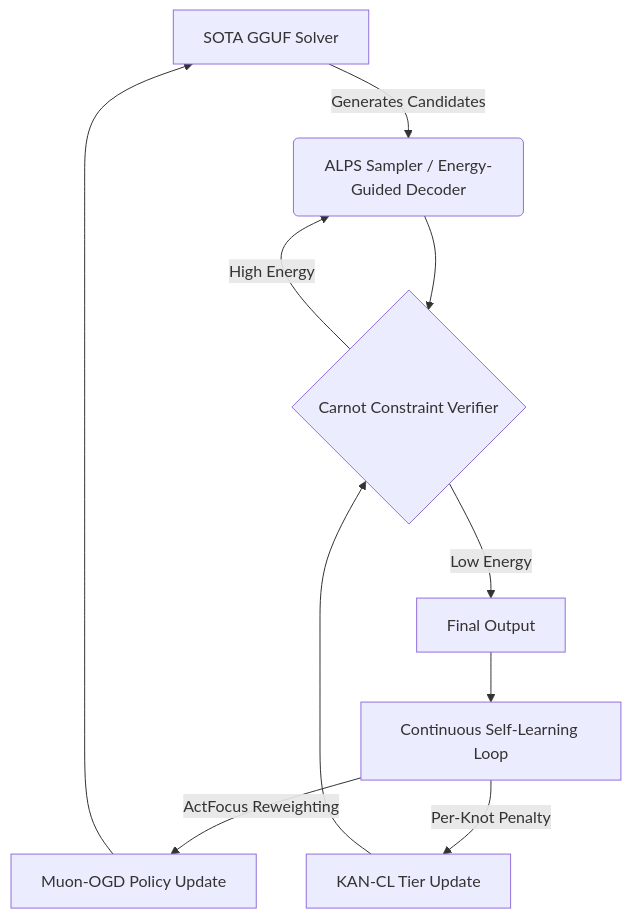
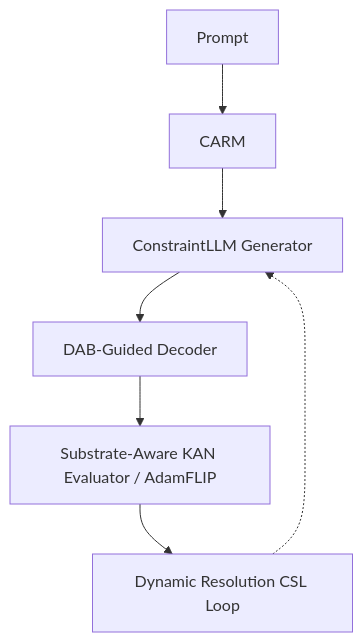
One commit to Carnot-EBM/carnot-ebm changed the diagram in openspec/change-proposals/research-roadmap-vNEXT.md. Above: the diagram before and after it, drawn with Mermaid. The commit also changed other lines of this file and 1 other file, not shown here.

````diff
--- a/openspec/change-proposals/research-roadmap-vNEXT.md
+++ b/openspec/change-proposals/research-roadmap-vNEXT.md
@@ -14,12 +13,9 @@
 ```mermaid
 graph TD
-    A[SOTA GGUF Solver] -->|Generates Candidates| B(ALPS Sampler / Energy-Guided Decoder)
-    B --> C{Carnot Constraint Verifier}
-    C -->|High Energy| B
-    C -->|Low Energy| D[Final Output]
-    D --> E[Continuous Self-Learning Loop]
-    E -->|ActFocus Reweighting| F[Muon-OGD Policy Update]
-    E -->|Per-Knot Penalty| G[KAN-CL Tier Update]
-    F --> A
-    G --> C
+    A[Prompt] --> B[CARM]
+    B --> C[ConstraintLLM Generator]
+    C --> D[DAB-Guided Decoder]
+    D --> E[Substrate-Aware KAN Evaluator / AdamFLIP]
+    E --> F[Dynamic Resolution CSL Loop]
+    F -.-> C
 ```
````
